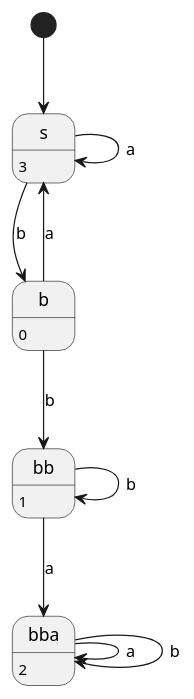
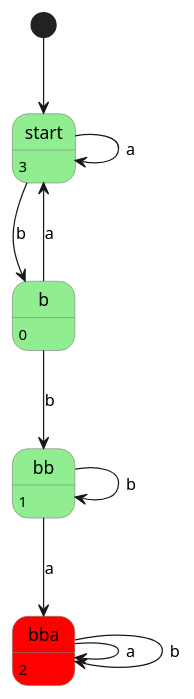
The diagram in src/main/resources/uebung3/exercise04d.puml (phbenisc/msiComplexTheorie), drawn with PlantUML before and after one commit. The commit also changed 7 other files, not shown here.

Commit message:
feat(uebung1): made DFA diagrams nice

```diff
--- a/src/main/resources/uebung3/exercise04d.puml
+++ b/src/main/resources/uebung3/exercise04d.puml
@@ -1,25 +1,31 @@
 @startuml
+skinparam state {
+  BackgroundColor<<YES>> LightGreen
+  BackgroundColor<<NO>> Red
+  BorderColor Gray
+}
+
 [*] --> s
 
-state s
+state "start" as s <<YES>>
 
-state "b" as 0
-state "bb" as 1
-state "bba" as 2
+state "b" as 0 <<YES>>
+state "bb" as 1 <<YES>>
+state "bba" as 2 <<NO>>
 
 s --> 0 : b
 s --> s : a
 0 --> 1 : b
 0 --> s : a
 1 --> 1 : b
 1 --> 2 : a
 
 2 --> 2 : a
 2 --> 2 : b
 
 0: 0
 1: 1
 2: 2
 s: 3
 
 @enduml
```
